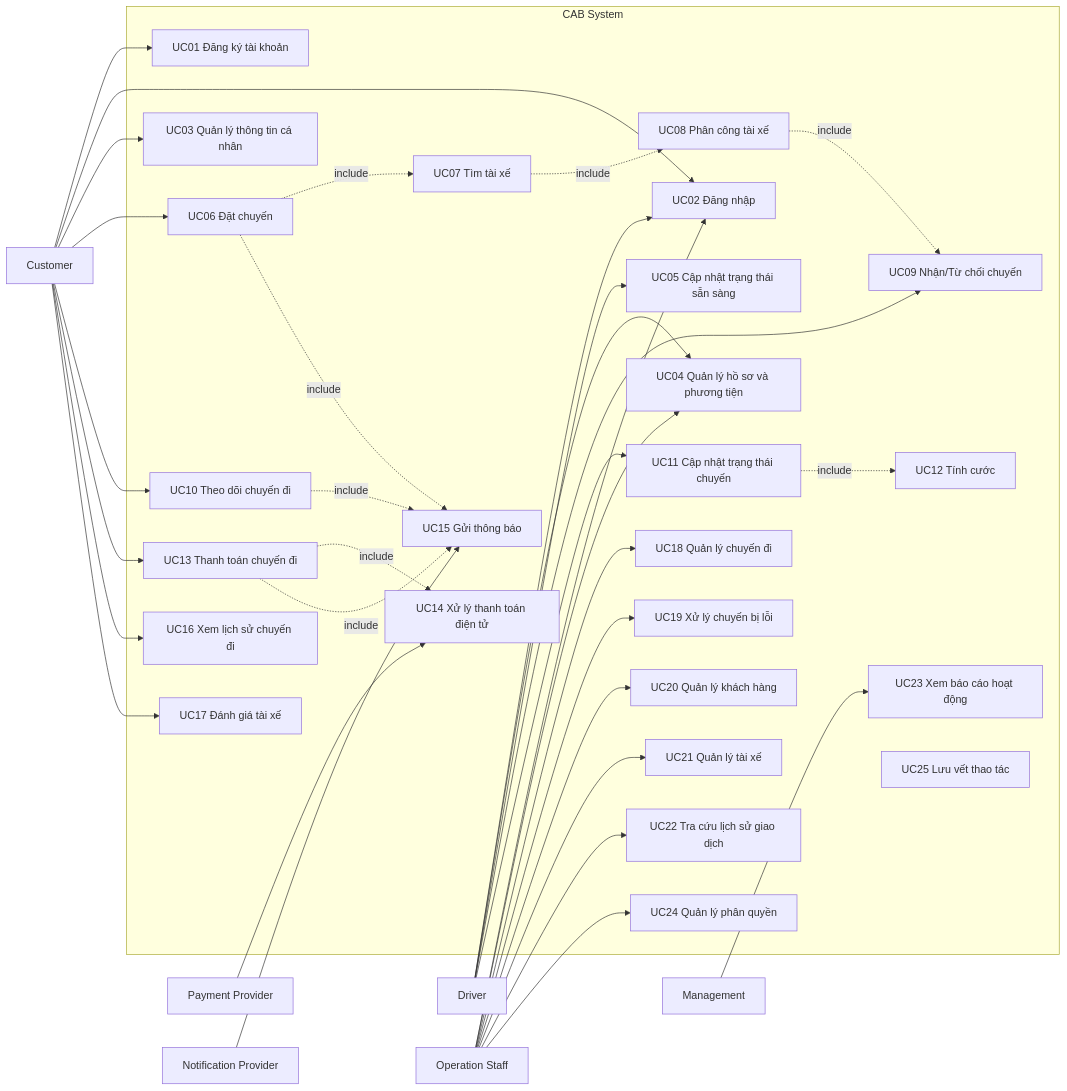
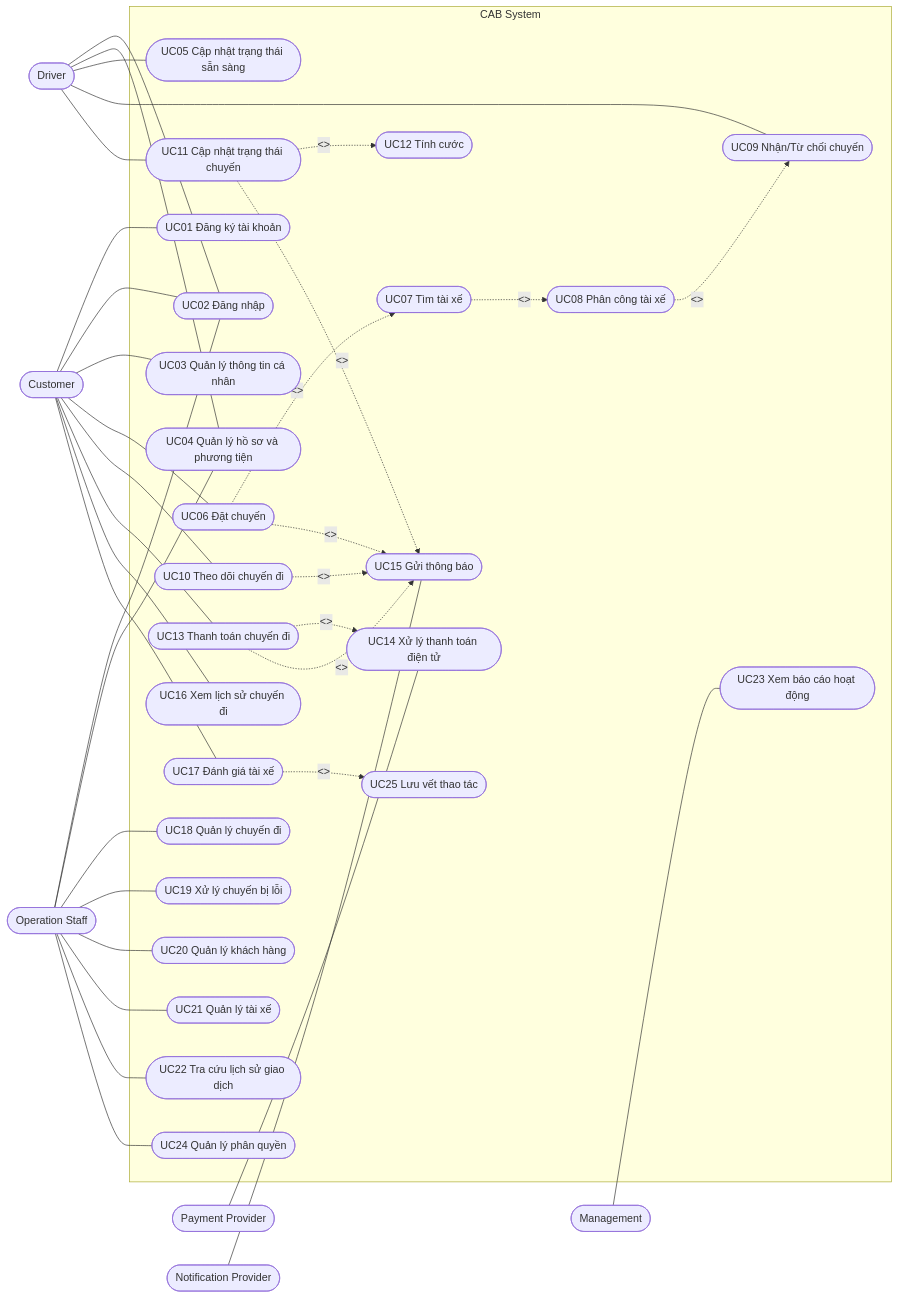
One commit to kanztran2605/23646731_TranQuocKhang_Cabsystem changed the fourth of 4 diagrams in SRS.md. Above: the diagram before and after it, drawn with Mermaid.

````diff
--- a/SRS.md
+++ b/SRS.md
@@ -933,83 +933,85 @@
 ```mermaid
 flowchart LR
 
-    Customer["Customer"]
-    Driver["Driver"]
-    Staff["Operation Staff"]
-    Management["Management"]
-    Payment["Payment Provider"]
-    Notification["Notification Provider"]
+    Customer(["Customer"])
+    Driver(["Driver"])
+    Staff(["Operation Staff"])
+    Management(["Management"])
+    Payment(["Payment Provider"])
+    Notification(["Notification Provider"])
 
     subgraph CAB["CAB System"]
 
-        UC01["UC01 Đăng ký tài khoản"]
-        UC02["UC02 Đăng nhập"]
-        UC03["UC03 Quản lý thông tin cá nhân"]
-        UC04["UC04 Quản lý hồ sơ và phương tiện"]
-        UC05["UC05 Cập nhật trạng thái sẵn sàng"]
+        UC01(["UC01 Đăng ký tài khoản"])
+        UC02(["UC02 Đăng nhập"])
+        UC03(["UC03 Quản lý thông tin cá nhân"])
+        UC04(["UC04 Quản lý hồ sơ và phương tiện"])
+        UC05(["UC05 Cập nhật trạng thái sẵn sàng"])
 
-        UC06["UC06 Đặt chuyến"]
-        UC07["UC07 Tìm tài xế"]
-        UC08["UC08 Phân công tài xế"]
-        UC09["UC09 Nhận/Từ chối chuyến"]
+        UC06(["UC06 Đặt chuyến"])
+        UC07(["UC07 Tìm tài xế"])
+        UC08(["UC08 Phân công tài xế"])
+        UC09(["UC09 Nhận/Từ chối chuyến"])
 
-        UC10["UC10 Theo dõi chuyến đi"]
-        UC11["UC11 Cập nhật trạng thái chuyến"]
+        UC10(["UC10 Theo dõi chuyến đi"])
+        UC11(["UC11 Cập nhật trạng thái chuyến"])
 
-        UC12["UC12 Tính cước"]
-        UC13["UC13 Thanh toán chuyến đi"]
-        UC14["UC14 Xử lý thanh toán điện tử"]
+        UC12(["UC12 Tính cước"])
+        UC13(["UC13 Thanh toán chuyến đi"])
+        UC14(["UC14 Xử lý thanh toán điện tử"])
 
-        UC15["UC15 Gửi thông báo"]
-        UC16["UC16 Xem lịch sử chuyến đi"]
-        UC17["UC17 Đánh giá tài xế"]
+        UC15(["UC15 Gửi thông báo"])
+        UC16(["UC16 Xem lịch sử chuyến đi"])
+        UC17(["UC17 Đánh giá tài xế"])
 
-        UC18["UC18 Quản lý chuyến đi"]
-        UC19["UC19 Xử lý chuyến bị lỗi"]
-        UC20["UC20 Quản lý khách hàng"]
-        UC21["UC21 Quản lý tài xế"]
-        UC22["UC22 Tra cứu lịch sử giao dịch"]
+        UC18(["UC18 Quản lý chuyến đi"])
+        UC19(["UC19 Xử lý chuyến bị lỗi"])
+        UC20(["UC20 Quản lý khách hàng"])
+        UC21(["UC21 Quản lý tài xế"])
+        UC22(["UC22 Tra cứu lịch sử giao dịch"])
 
-        UC23["UC23 Xem báo cáo hoạt động"]
-        UC24["UC24 Quản lý phân quyền"]
-        UC25["UC25 Lưu vết thao tác"]
+        UC23(["UC23 Xem báo cáo hoạt động"])
+        UC24(["UC24 Quản lý phân quyền"])
+        UC25(["UC25 Lưu vết thao tác"])
     end
 
-    Customer --> UC01
-    Customer --> UC02
-    Customer --> UC03
-    Customer --> UC06
-    Customer --> UC10
-    Customer --> UC13
-    Customer --> UC16
-    Customer --> UC17
+    Customer --- UC01
+    Customer --- UC02
+    Customer --- UC03
+    Customer --- UC06
+    Customer --- UC10
+    Customer --- UC13
+    Customer --- UC16
+    Customer --- UC17
 
-    Driver --> UC02
-    Driver --> UC04
-    Driver --> UC05
-    Driver --> UC09
-    Driver --> UC11
+    Driver --- UC02
+    Driver --- UC04
+    Driver --- UC05
+    Driver --- UC09
+    Driver --- UC11
 
-    Staff --> UC02
-    Staff --> UC04
-    Staff --> UC18
-    Staff --> UC19
-    Staff --> UC20
-    Staff --> UC21
-    Staff --> UC22
-    Staff --> UC24
+    Staff --- UC02
+    Staff --- UC04
+    Staff --- UC18
+    Staff --- UC19
+    Staff --- UC20
+    Staff --- UC21
+    Staff --- UC22
+    Staff --- UC24
 
-    Management --> UC23
+    Management --- UC23
 
-    Payment --> UC14
-    Notification --> UC15
+    Payment --- UC14
+    Notification --- UC15
 
-    UC06 -.->|include| UC07
-    UC07 -.->|include| UC08
-    UC08 -.->|include| UC09
-    UC11 -.->|include| UC12
-    UC13 -.->|include| UC14
-    UC13 -.->|include| UC15
-    UC06 -.->|include| UC15
-    UC10 -.->|include| UC15
+    UC06 -.->|<<include>>| UC07
+    UC07 -.->|<<include>>| UC08
+    UC08 -.->|<<include>>| UC09
+    UC11 -.->|<<include>>| UC12
+    UC13 -.->|<<include>>| UC14
+    UC06 -.->|<<include>>| UC15
+    UC13 -.->|<<include>>| UC15
+    UC10 -.->|<<include>>| UC15
+    UC11 -.->|<<include>>| UC15
+    UC17 -.->|<<include>>| UC25
 ```
````
